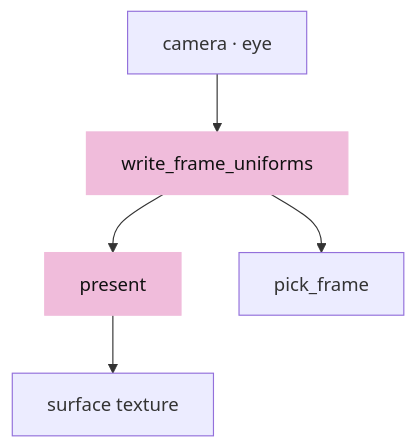
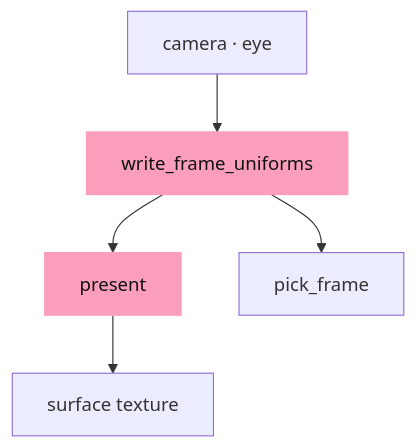
Before and after one commit to petrasvestartas/session: the fourth of 19 diagrams in session_viewer/docs/12-picking.md, drawn with Mermaid. The commit also changed other lines of this file and 328 other files, not shown here.

First line of the commit message:
Course: the palette you sent, and mermaid drawn like the drawings

````diff
--- a/session_viewer/docs/12-picking.md
+++ b/session_viewer/docs/12-picking.md
@@ -102,8 +102,8 @@
 ```mermaid
 flowchart TB
     C["camera · eye"] --> U["write_frame_uniforms"]
     U --> P["present"] --> S["surface texture"]
     U --> K["pick_frame"]
-    style U fill:#f0bcdb,stroke:#f0bcdb,color:#111
-    style P fill:#f0bcdb,stroke:#f0bcdb,color:#111
+    style U fill:#fa9ebc,stroke:#fa9ebc,color:#111
+    style P fill:#fa9ebc,stroke:#fa9ebc,color:#111
 ```
````
